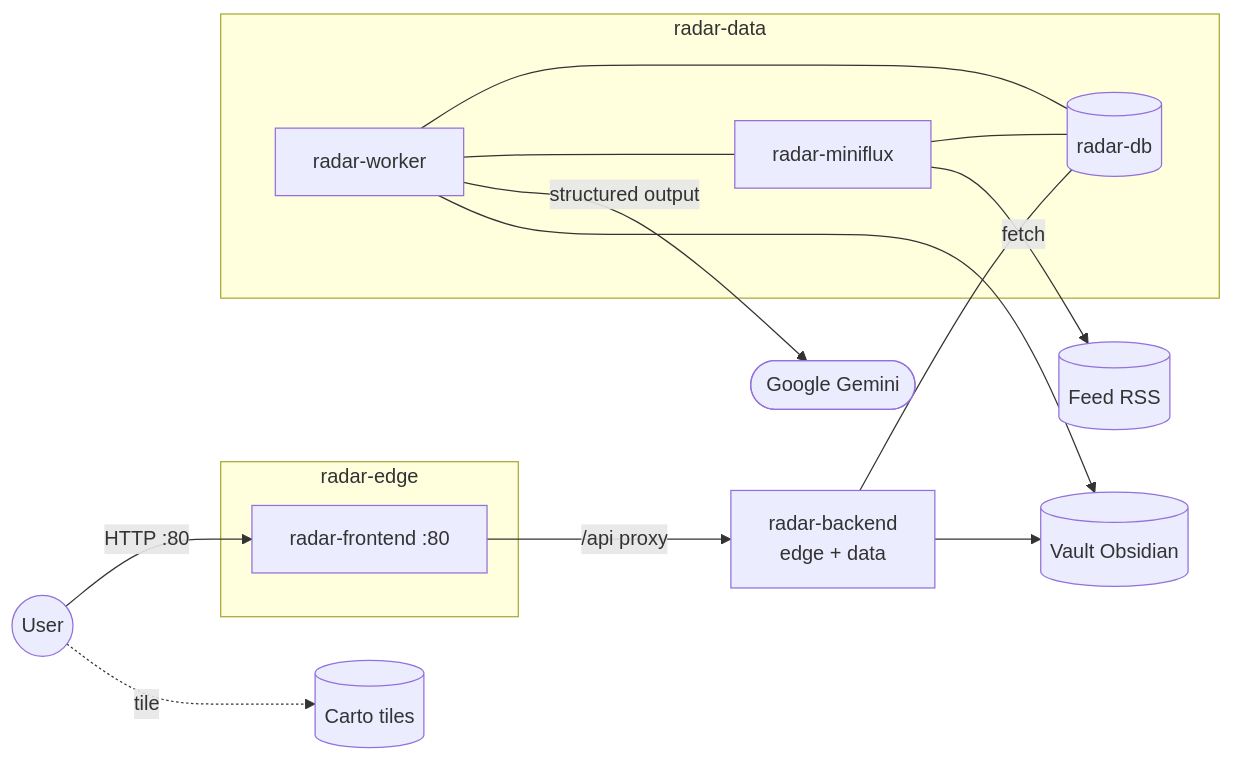
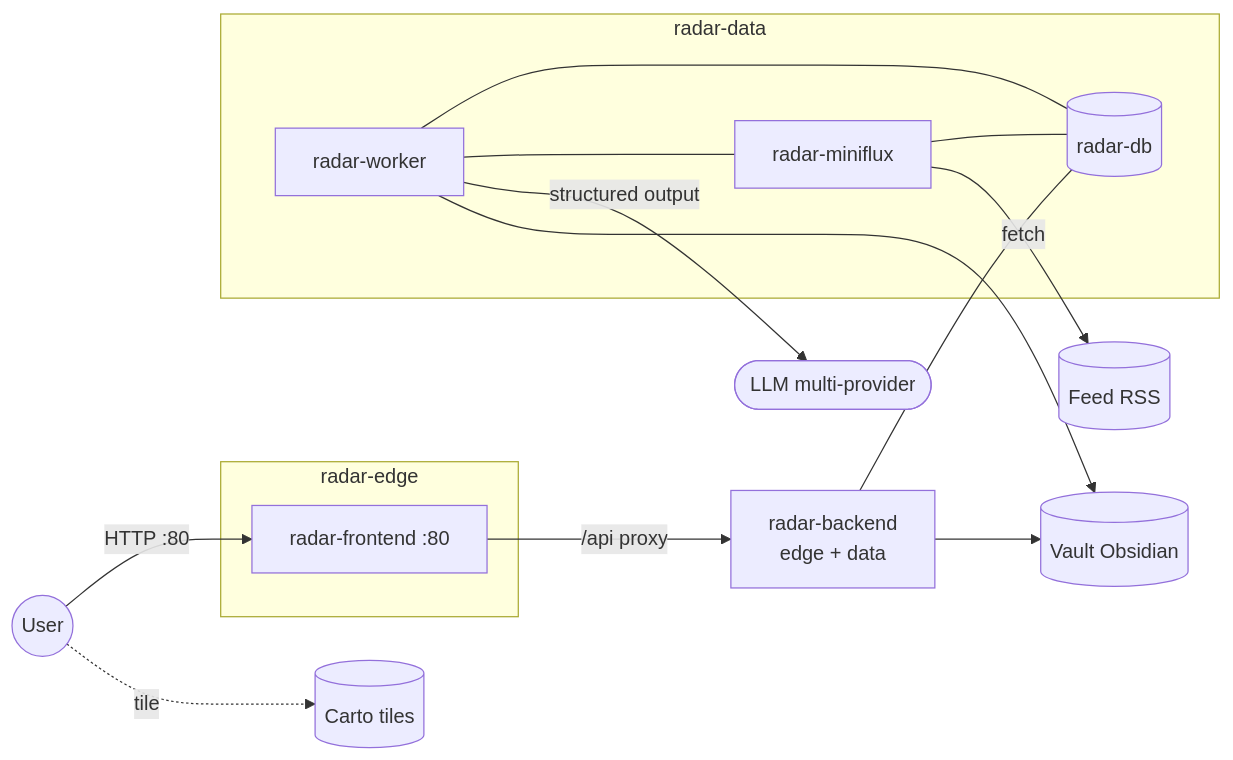
One commit to JiraaG/Intelligence-Dashboard changed the diagram in README.md. Above: the diagram before and after it, drawn with Mermaid. The commit also changed other lines of this file and 13 other files, not shown here.

First line of the commit message:
docs(radar): align monorepo docs to multi-provider LLM and Phase GATE

````diff
--- a/README.md
+++ b/README.md
@@ -51,28 +53,28 @@
 ```mermaid
 flowchart LR
   User((User))
   subgraph edge["radar-edge"]
     FE[radar-frontend :80]
   end
   API[radar-backend<br/>edge + data]
   subgraph dataNet["radar-data"]
     W[radar-worker]
     DB[(radar-db)]
     MF[radar-miniflux]
   end
   Vault[(Vault Obsidian)]
-  Gemini([Google Gemini])
+  LLM([LLM multi-provider])
   Carto[(Carto tiles)]
   RSS[(Feed RSS)]
   User -->|HTTP :80| FE
   User -.->|tile| Carto
   FE -->|/api proxy| API
   API --- DB
   W --- DB
   W --- MF
-  W -->|structured output| Gemini
+  W -->|structured output| LLM
   W --> Vault
   API --> Vault
   MF --- DB
   MF -->|fetch| RSS
 ```
````
